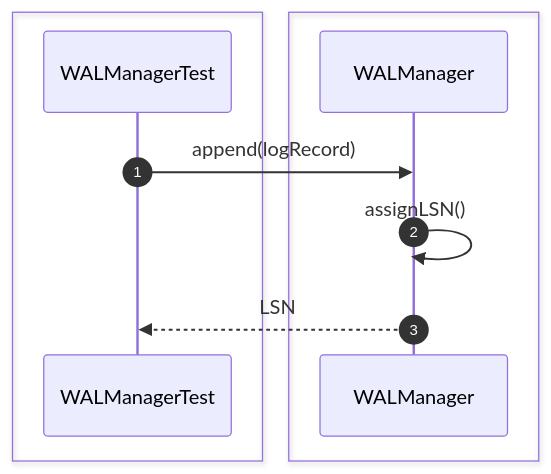
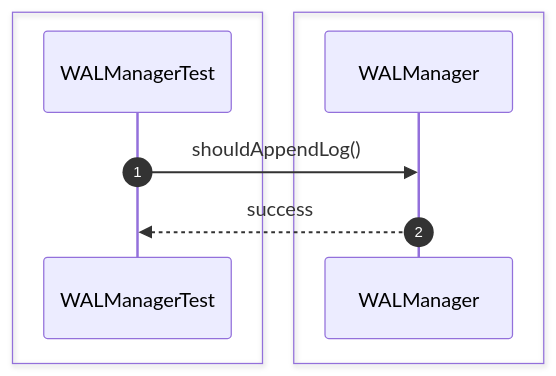
Before and after one commit to Huy1801214/dbms-architecture: the first of 28 diagrams in src/sequence/recovery.md, drawn with Mermaid. The commit also changed other lines of this file and 68 other files, not shown here.

Commit message:
implement comprehensive unit test suite and architectural sequence documentation

````diff
--- a/src/sequence/recovery.md
+++ b/src/sequence/recovery.md
@@ -6,15 +6,13 @@
 ```mermaid
 sequenceDiagram
     autonumber
-
     box #e1f5fe Test Suite
     participant Test as WALManagerTest
     end
-    box #ffebee Recovery Components
-    participant WAL as WALManager
+    box #ffebee WALManager Component
+    participant WALM as WALManager
     end
 
-    Test->>WAL: append(logRecord)
-    WAL->>WAL: assignLSN()
-    WAL-->>Test: LSN
+    Test->>WALM: shouldAppendLog()
+    WALM-->>Test: success
 ```
````
